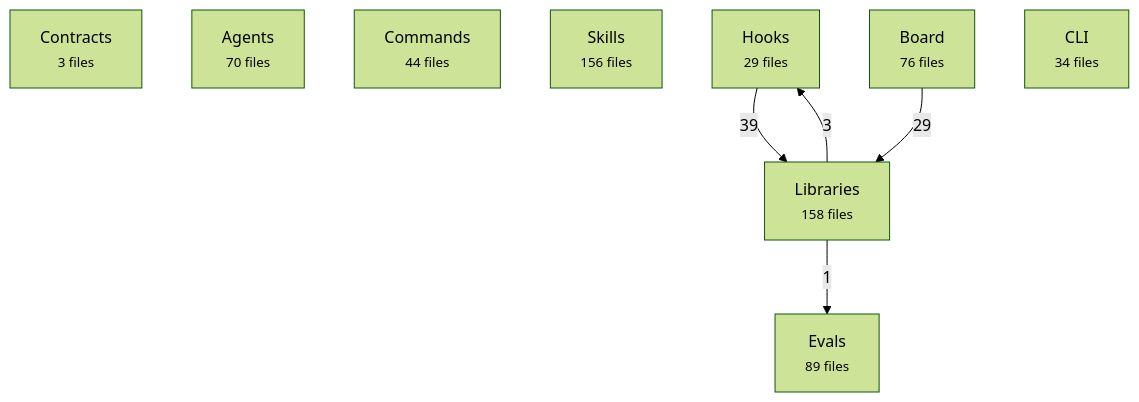
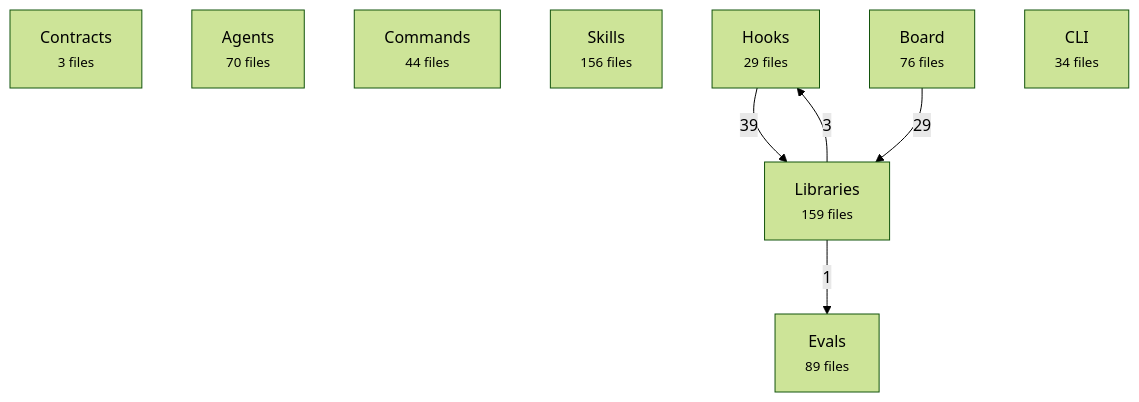
Before and after one commit to avelikiy/great_cto: the first of 2 diagrams in docs/reference/architecture-map.md, drawn with Mermaid (forest theme). The commit also changed other lines of this file and 17 other files, not shown here.

````diff
--- a/docs/reference/architecture-map.md
+++ b/docs/reference/architecture-map.md
@@ -20,16 +20,16 @@
 ```mermaid
 flowchart TD
   contracts["Contracts<br/><small>3 files</small>"]
   agents["Agents<br/><small>70 files</small>"]
   commands["Commands<br/><small>44 files</small>"]
   skills["Skills<br/><small>156 files</small>"]
   hooks["Hooks<br/><small>29 files</small>"]
-  libs["Libraries<br/><small>158 files</small>"]
+  libs["Libraries<br/><small>159 files</small>"]
   board["Board<br/><small>76 files</small>"]
   cli["CLI<br/><small>34 files</small>"]
   evals["Evals<br/><small>89 files</small>"]
   hooks -->|39| libs
   board -->|29| libs
   libs -->|3| hooks
   libs -->|1| evals
 ```
````
